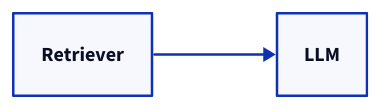
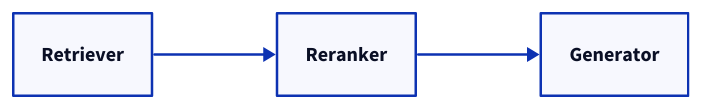
The diagram in docs/src/content/docs/pipeline/overview.md (relari-ai/continuous-eval), drawn with D2 before and after one commit. The commit also changed other lines of this file and 20 other files, not shown here.

````diff
--- a/docs/src/content/docs/pipeline/overview.md
+++ b/docs/src/content/docs/pipeline/overview.md
@@ -19,4 +19,4 @@
 ```d2
 direction: right
-Retriever -> LLM
+Retriever -> Reranker -> Generator
 ```
````
